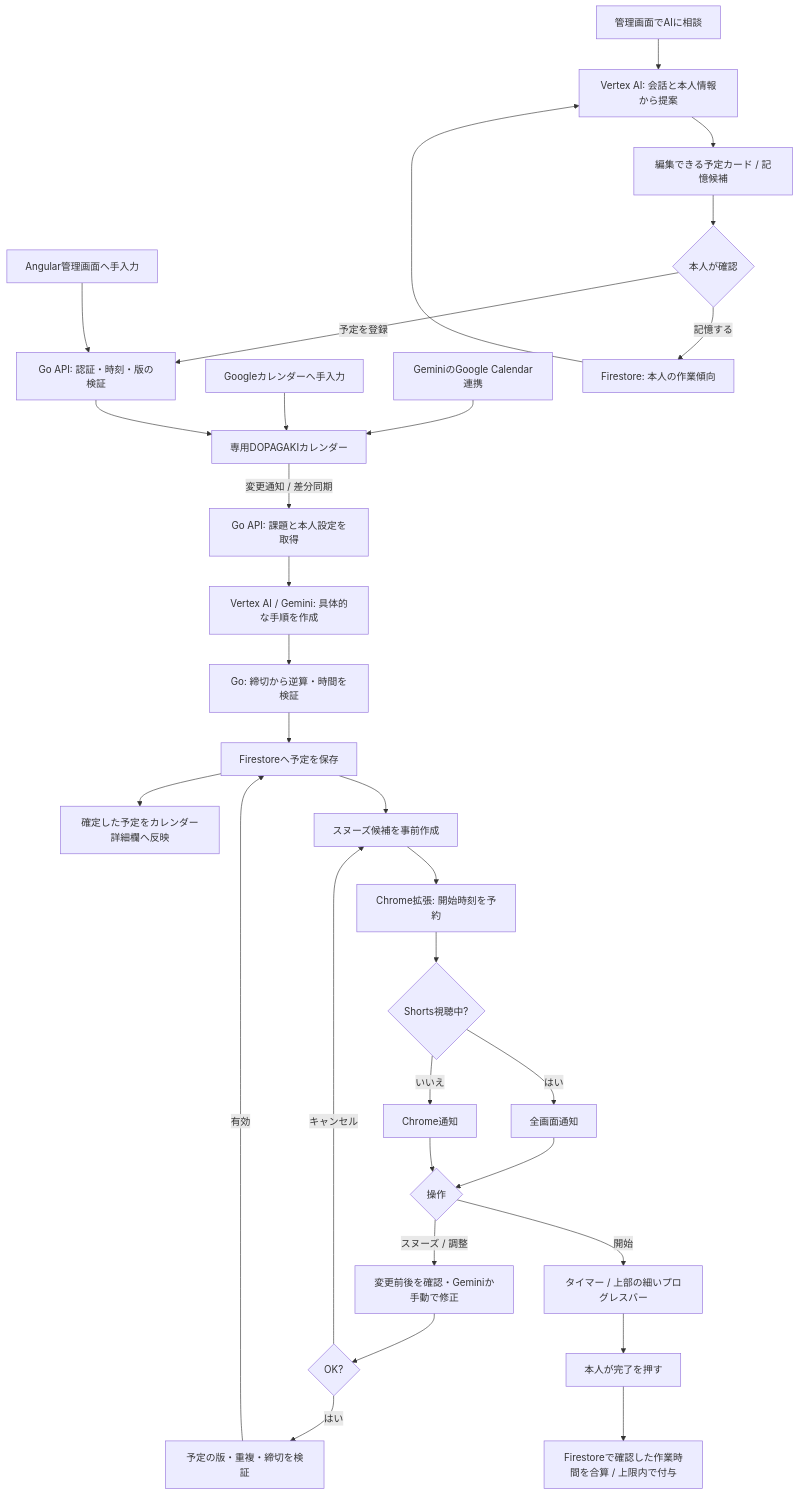
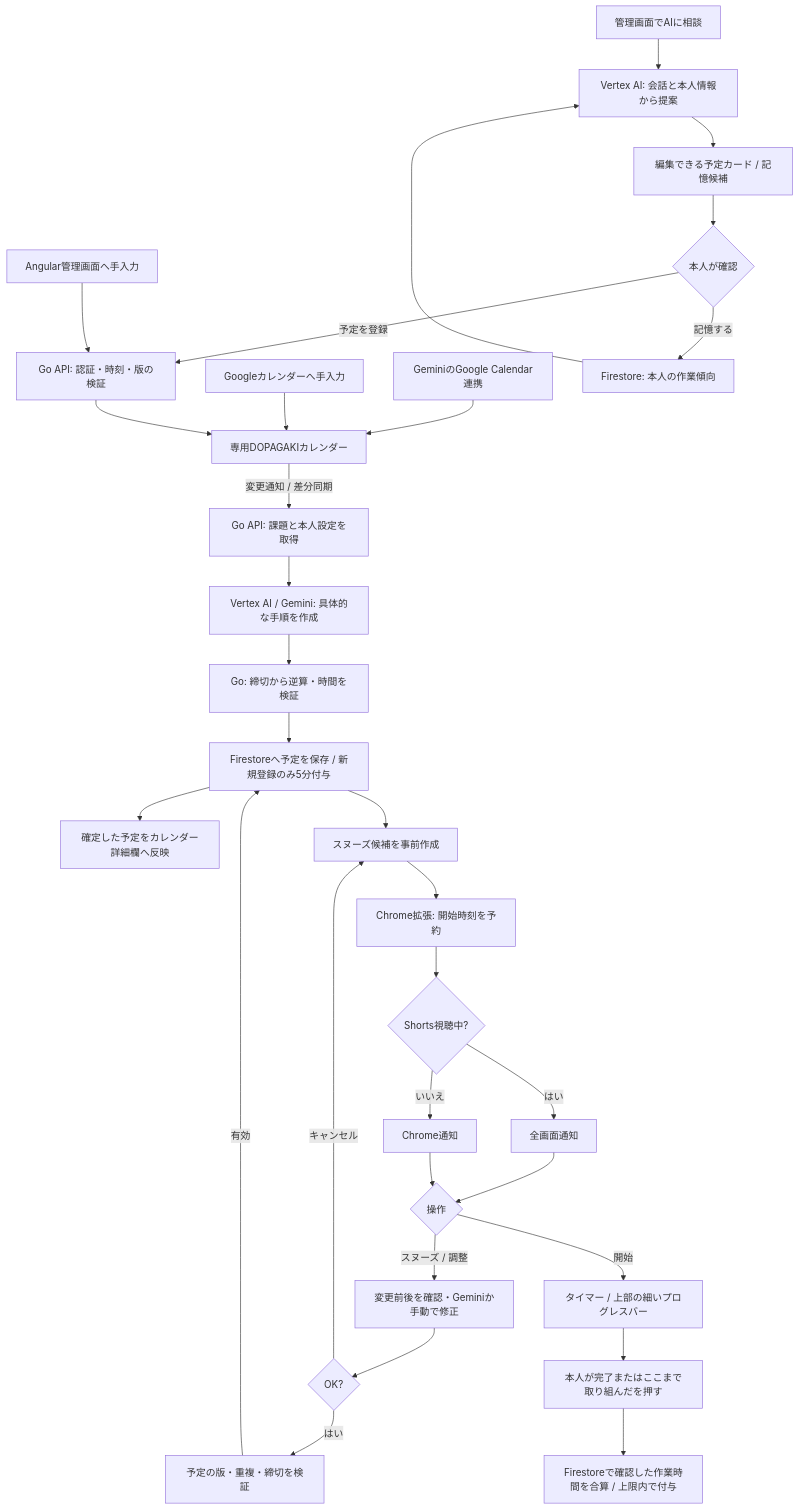
The diagram in README.md (Devfest-Hackathon-2026/df-2026-t057), drawn with Mermaid before and after one commit. The commit also changed other lines of this file and 34 other files, not shown here.

````diff
--- a/README.md
+++ b/README.md
@@ -82,33 +83,33 @@
 ```mermaid
 flowchart TD
   G[GeminiのGoogle Calendar連携] --> C[専用DOPAGAKIカレンダー]
   M[Googleカレンダーへ手入力] --> C
   H[管理画面でAIに相談] --> VAI[Vertex AI: 会話と本人情報から提案]
   VAI --> Card[編集できる予定カード / 記憶候補]
   Card --> Confirm{本人が確認}
   Confirm -->|予定を登録| A[Go API: 認証・時刻・版の検証]
   Confirm -->|記憶する| Memory[Firestore: 本人の作業傾向]
   Memory --> VAI
   W[Angular管理画面へ手入力] --> A
   A --> C
   C -->|変更通知 / 差分同期| S[Go API: 課題と本人設定を取得]
   S --> P[Vertex AI / Gemini: 具体的な手順を作成]
   P --> B[Go: 締切から逆算・時間を検証]
-  B --> F[Firestoreへ予定を保存]
+  B --> F[Firestoreへ予定を保存 / 新規登録のみ5分付与]
   F --> D[確定した予定をカレンダー詳細欄へ反映]
   F --> R[スヌーズ候補を事前作成]
   R --> E[Chrome拡張: 開始時刻を予約]
   E --> N{Shorts視聴中?}
   N -->|はい| O[全画面通知]
   N -->|いいえ| T[Chrome通知]
   O --> X{操作}
   T --> X
   X -->|スヌーズ / 調整| V[変更前後を確認・Geminiか手動で修正]
   V --> K{OK?}
   K -->|はい| Q[予定の版・重複・締切を検証]
   Q -->|有効| F
   K -->|キャンセル| R
   X -->|開始| I[タイマー / 上部の細いプログレスバー]
-  I --> J[本人が完了を押す]
+  I --> J[本人が完了またはここまで取り組んだを押す]
   J --> L[Firestoreで確認した作業時間を合算 / 上限内で付与]
 ```
````
